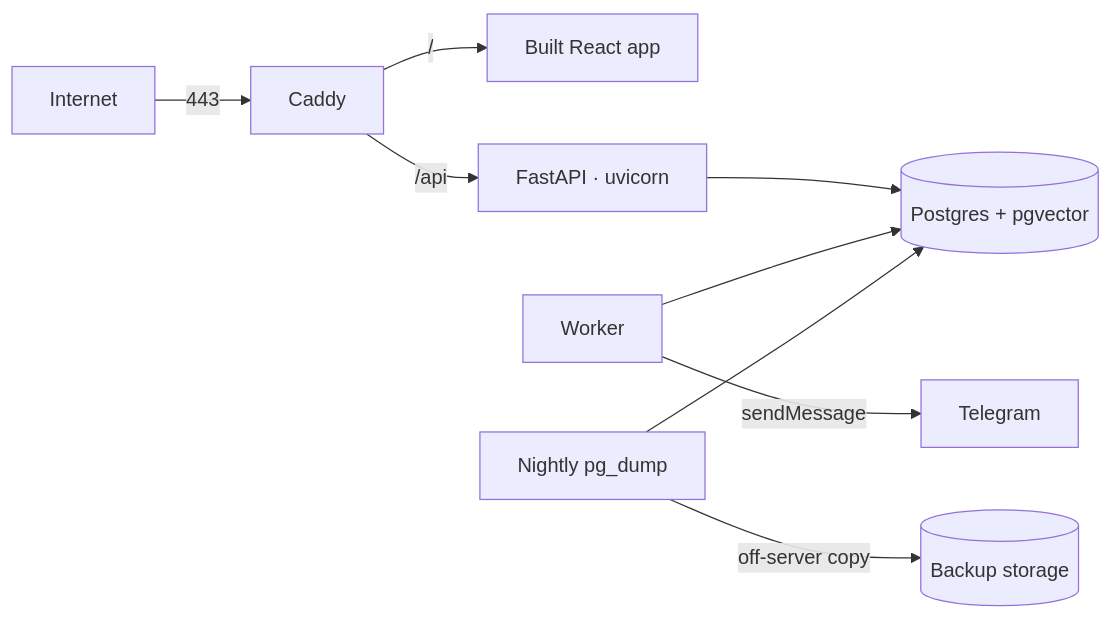
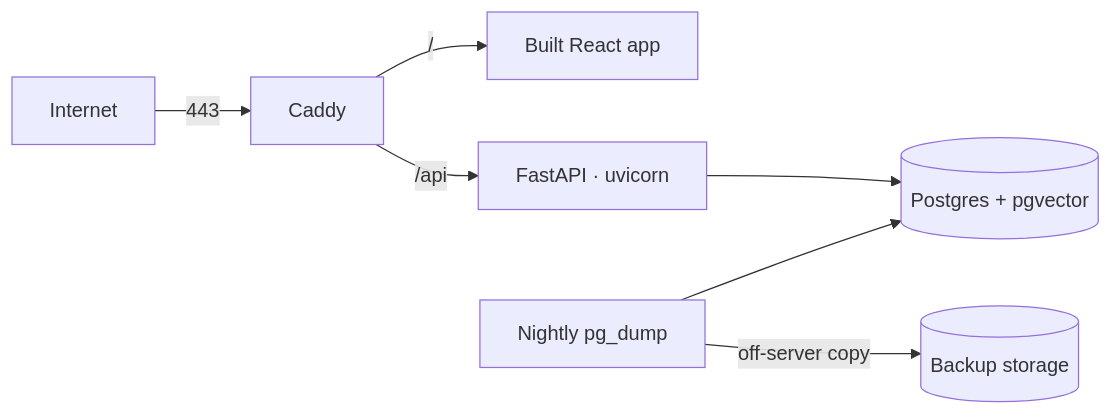
Before and after one commit to fetehadin/post-generator: the first of 3 diagrams in deploy/README.md, drawn with Mermaid. The commit also changed other lines of this file and 11 other files, not shown here.

````diff
--- a/deploy/README.md
+++ b/deploy/README.md
@@ -7,11 +7,9 @@
 ```mermaid
 flowchart LR
     Internet -->|443| Caddy
     Caddy -->|/| Static[Built React app]
     Caddy -->|/api| API[FastAPI · uvicorn]
     API --> DB[(Postgres + pgvector)]
-    Worker[Worker] --> DB
-    Worker -->|sendMessage| TG[Telegram]
     Backup[Nightly pg_dump] --> DB
     Backup -->|off-server copy| Remote[(Backup storage)]
 ```
````
